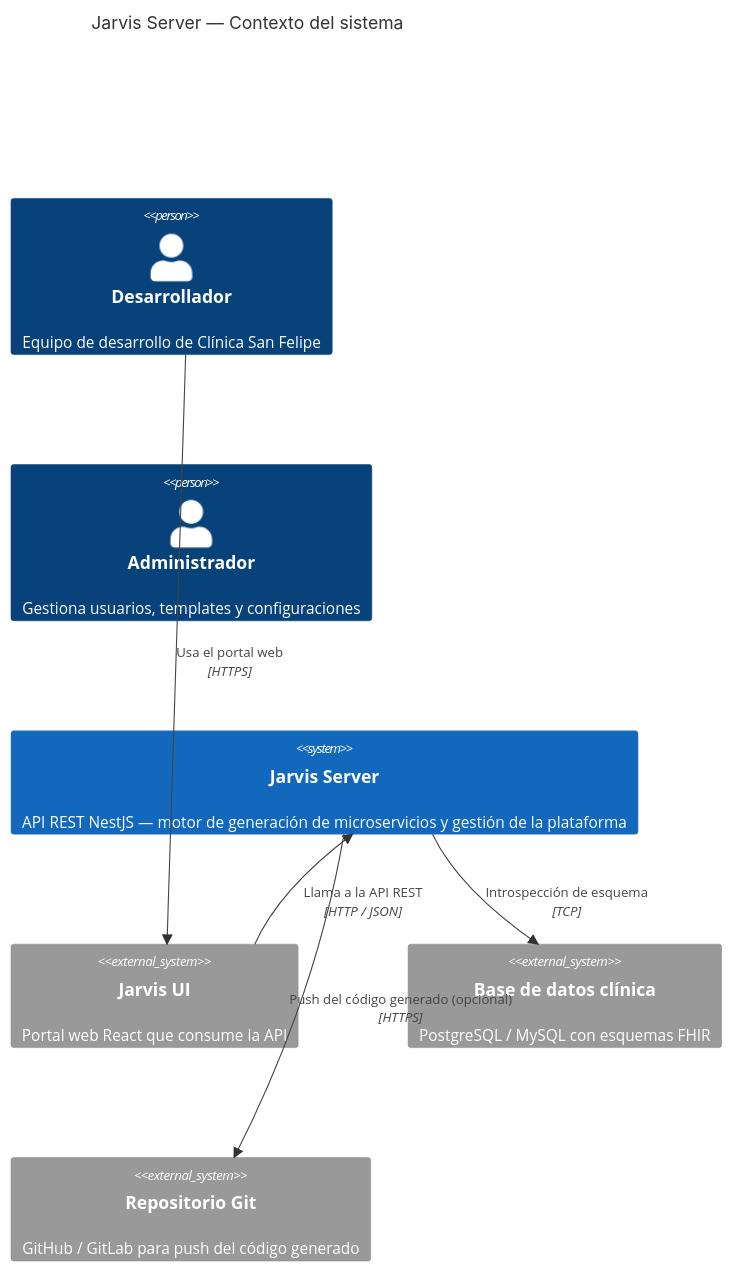
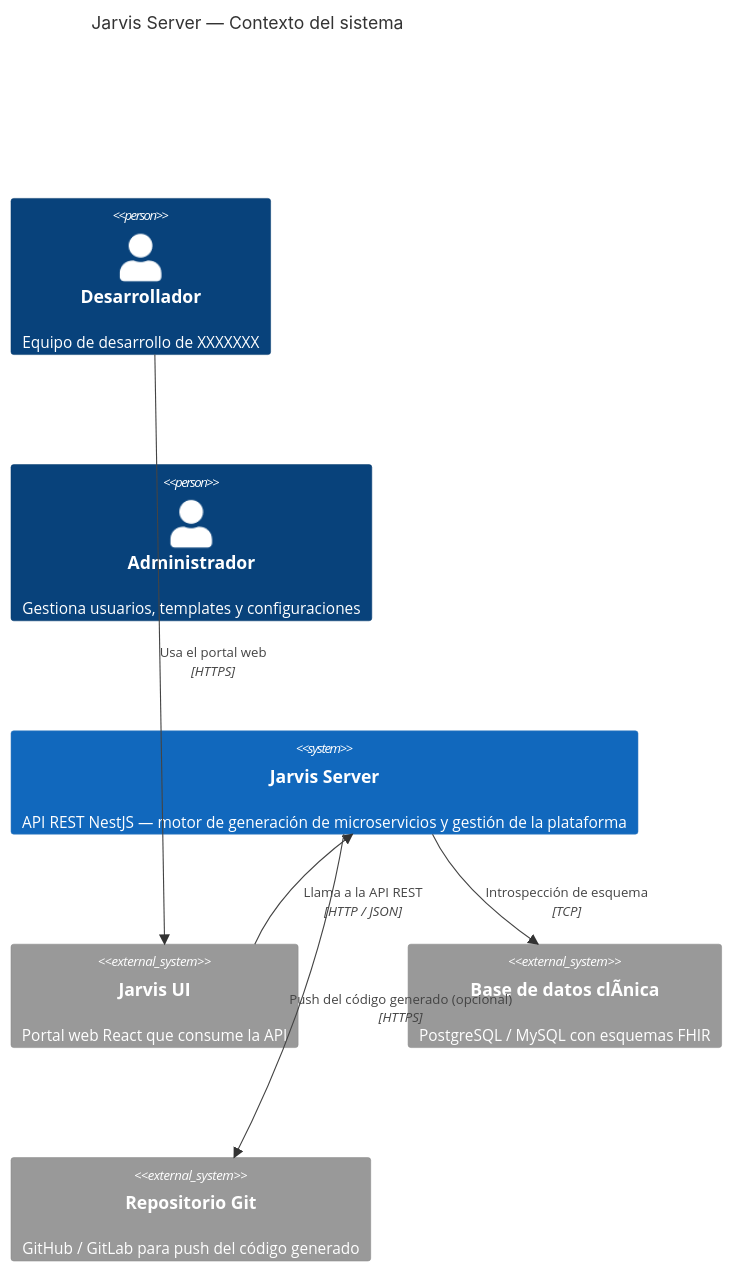
Before and after one commit to HCE-REPOSV1/HCE-STARTER-PLATFORM: the first of 4 diagrams in jarvis-server/README.md, drawn with Mermaid. The commit also changed other lines of this file and 21 other files, not shown here.

````diff
--- a/jarvis-server/README.md
+++ b/jarvis-server/README.md
@@ -92,18 +92,18 @@
 ```mermaid
 C4Context
   title Jarvis Server — Contexto del sistema
 
-  Person(dev, "Desarrollador", "Equipo de desarrollo de Clínica San Felipe")
+  Person(dev, "Desarrollador", "Equipo de desarrollo de XXXXXXX")
   Person(admin, "Administrador", "Gestiona usuarios, templates y configuraciones")
 
   System(server, "Jarvis Server", "API REST NestJS — motor de generación de microservicios y gestión de la plataforma")
 
   System_Ext(ui, "Jarvis UI", "Portal web React que consume la API")
-  System_Ext(db, "Base de datos clínica", "PostgreSQL / MySQL con esquemas FHIR")
+  System_Ext(db, "Base de datos clÃ­nica", "PostgreSQL / MySQL con esquemas FHIR")
   System_Ext(git, "Repositorio Git", "GitHub / GitLab para push del código generado")
 
   Rel(dev, ui, "Usa el portal web", "HTTPS")
   Rel(ui, server, "Llama a la API REST", "HTTP / JSON")
   Rel(server, db, "Introspección de esquema", "TCP")
   Rel(server, git, "Push del código generado (opcional)", "HTTPS")
 ```
````
